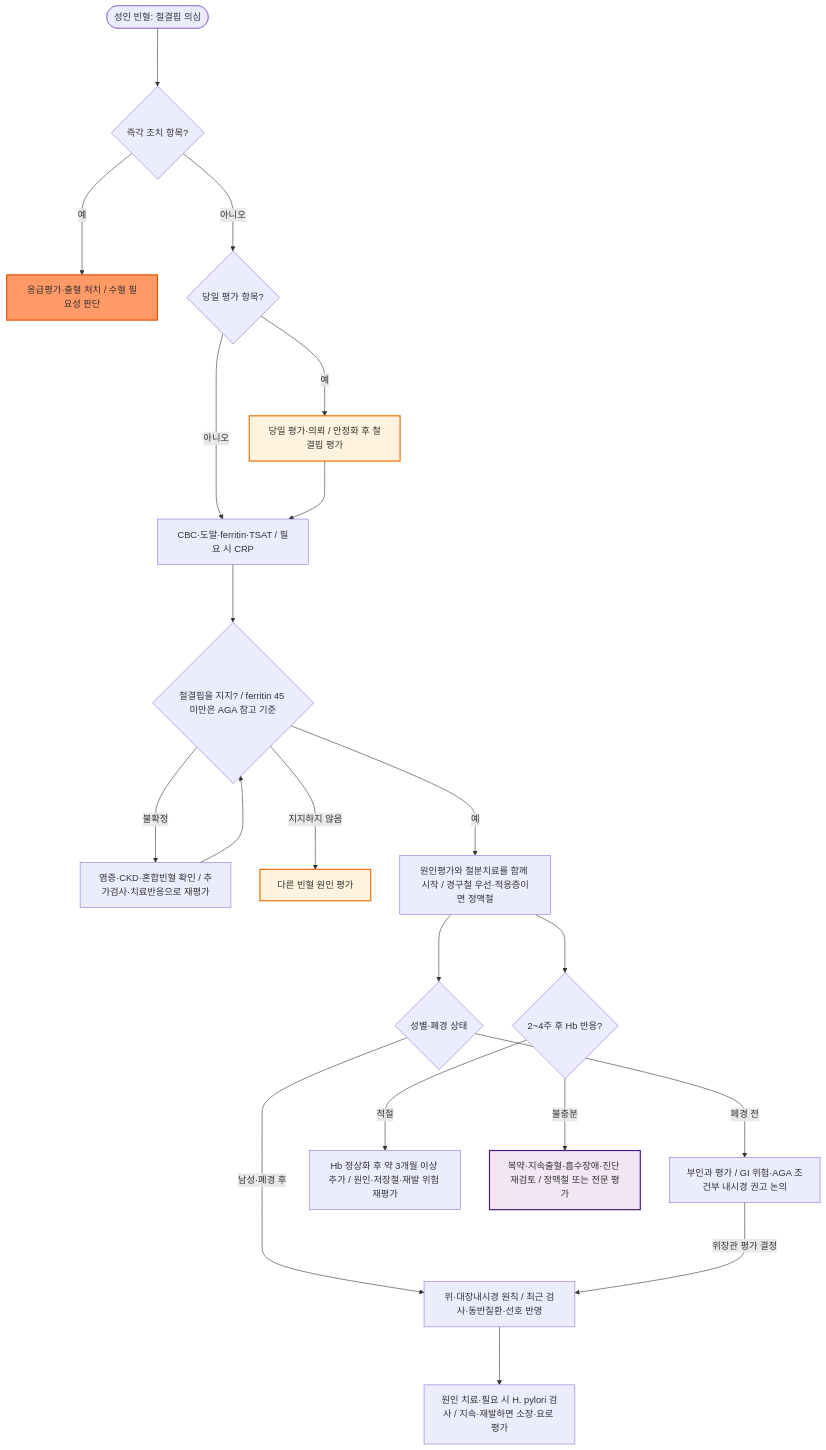
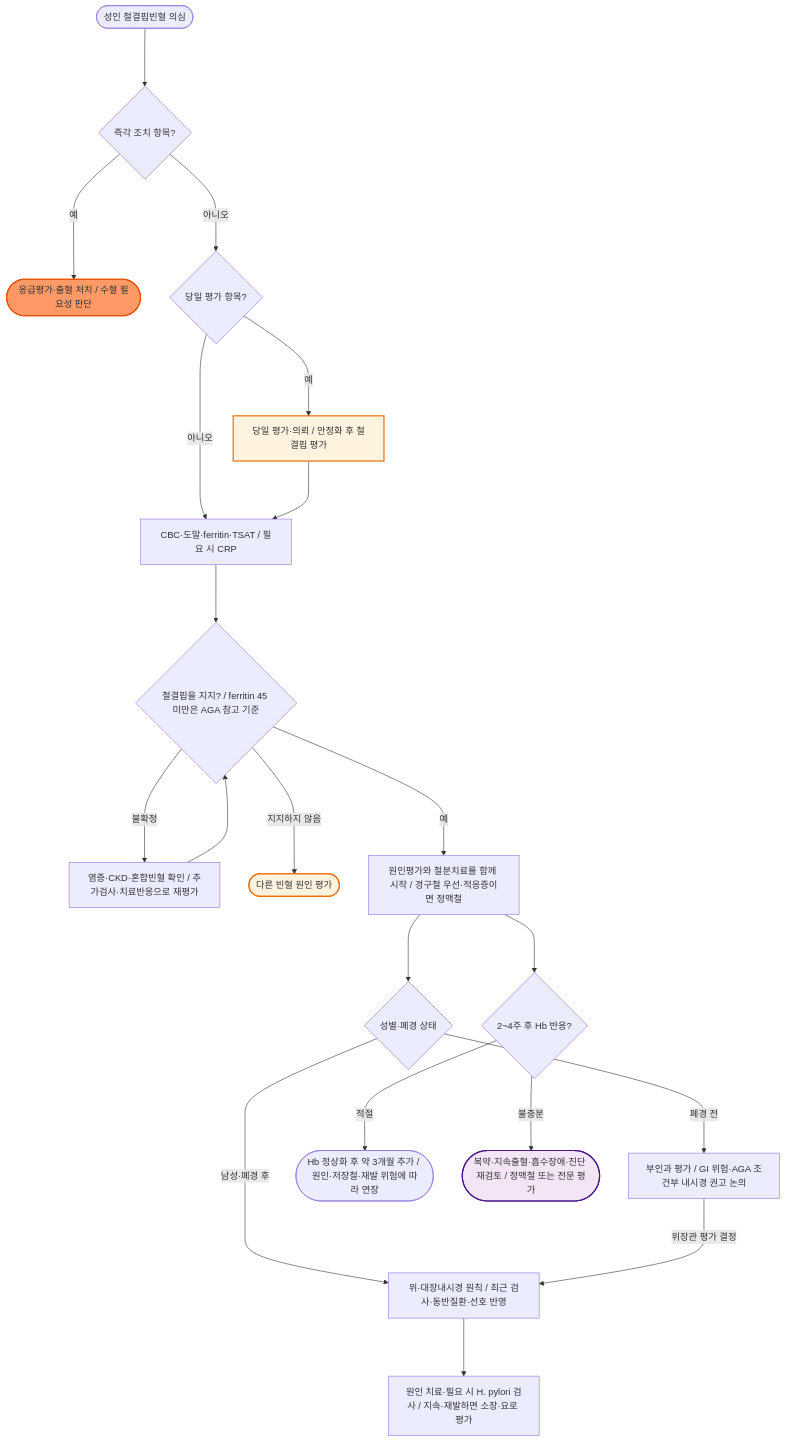
One commit to familyoh77/familyoh77 changed the diagram in 230_/193_-iron-def-anemia.md. Above: the diagram before and after it, drawn with Mermaid. The commit also changed other lines of this file and 16 other files, not shown here.

````diff
--- a/230_/193_-iron-def-anemia.md
+++ b/230_/193_-iron-def-anemia.md
@@ -127,26 +126,26 @@
 ```mermaid
 graph TD
-    A(["성인 빈혈: 철결핍 의심"]) ---> B{"즉각 조치 항목?"}
-    B --->|예| C["응급평가·출혈 처치 / 수혈 필요성 판단"]
+    A(["성인 철결핍빈혈 의심"]) ---> B{"즉각 조치 항목?"}
+    B --->|예| C(["응급평가·출혈 처치 / 수혈 필요성 판단"])
     B --->|아니오| D{"당일 평가 항목?"}
     D --->|예| E["당일 평가·의뢰 / 안정화 후 철결핍 평가"]
     D --->|아니오| F["CBC·도말·ferritin·TSAT / 필요 시 CRP"]
     E ---> F
     F ---> G{"철결핍을 지지? / ferritin 45 미만은 AGA 참고 기준"}
     G --->|불확정| H["염증·CKD·혼합빈혈 확인 / 추가검사·치료반응으로 재평가"]
-    G --->|지지하지 않음| U["다른 빈혈 원인 평가"]
+    G --->|지지하지 않음| U(["다른 빈혈 원인 평가"])
     G --->|예| I["원인평가와 철분치료를 함께 시작 / 경구철 우선·적응증이면 정맥철"]
     H ---> G
     I ---> J{"성별·폐경 상태"}
     J --->|남성·폐경 후| K["위·대장내시경 원칙 / 최근 검사·동반질환·선호 반영"]
     J --->|폐경 전| L["부인과 평가 / GI 위험·AGA 조건부 내시경 권고 논의"]
     L --->|위장관 평가 결정| K
     K ---> M["원인 치료·필요 시 H. pylori 검사 / 지속·재발하면 소장·요로 평가"]
     I ---> N{"2~4주 후 Hb 반응?"}
-    N --->|적절| O["Hb 정상화 후 약 3개월 이상 추가 / 원인·저장철·재발 위험 재평가"]
-    N --->|불충분| P["복약·지속출혈·흡수장애·진단 재검토 / 정맥철 또는 전문 평가"]
+    N --->|적절| O(["Hb 정상화 후 약 3개월 추가 / 원인·저장철·재발 위험에 따라 연장"])
+    N --->|불충분| P(["복약·지속출혈·흡수장애·진단 재검토 / 정맥철 또는 전문 평가"])
     style C fill:#f96,stroke:#e65100,stroke-width:2px
     style E fill:#fff3e0,stroke:#ef6c00,stroke-width:2px
     style U fill:#fff3e0,stroke:#ef6c00,stroke-width:2px
     style P fill:#f3e5f5,stroke:#4a148c,stroke-width:2px
 ```
````
